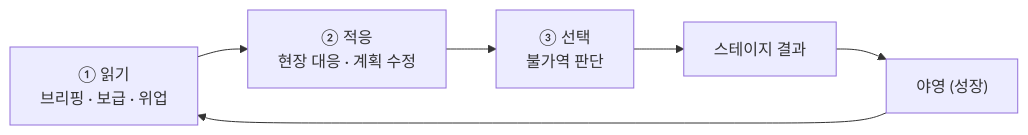
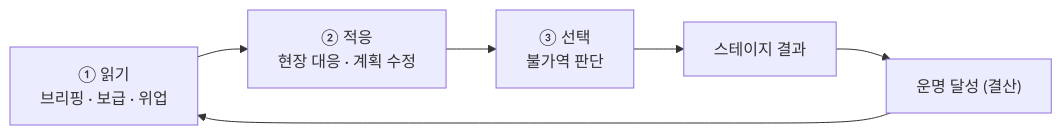
Before and after one commit to roam1215-beep/Chronicle-wiki: the first of 2 diagrams in 01_코어/핵심경험목표.md, drawn with Mermaid. The commit also changed other lines of this file, not shown here.

````diff
--- a/01_코어/핵심경험목표.md
+++ b/01_코어/핵심경험목표.md
@@ -47,8 +47,8 @@
 ```mermaid
 flowchart LR
     A["① 읽기\n브리핑 · 보급 · 위업"] --> B["② 적응\n현장 대응 · 계획 수정"]
     B --> C["③ 선택\n불가역 판단"]
     C --> D["스테이지 결과"]
-    D --> E["야영 (성장)"]
+    D --> E["운명 달성 (결산)"]
     E --> A
 ```
````
